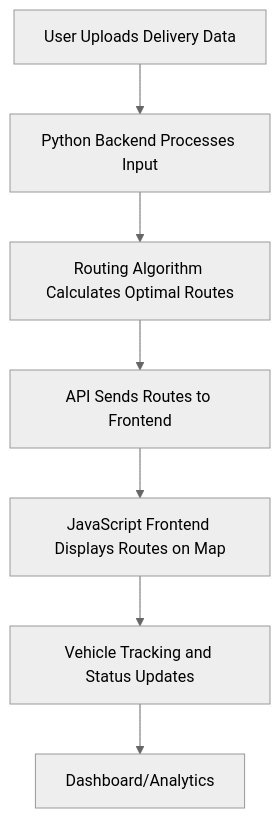
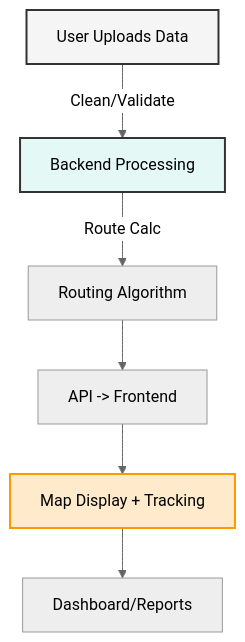
One commit to Abish-gupta/Delivery_route_optimisation changed the diagram in project_flow_diagram.mermaid. Above: the diagram before and after it, drawn with Mermaid (neutral theme).

```diff
--- a/project_flow_diagram.mermaid
+++ b/project_flow_diagram.mermaid
@@ -1,7 +1,10 @@
 flowchart TD
-    A[User Uploads Delivery Data] --> B[Python Backend Processes Input]
-    B --> C[Routing Algorithm Calculates Optimal Routes]
-    C --> D[API Sends Routes to Frontend]
-    D --> E[JavaScript Frontend Displays Routes on Map]
-    E --> F[Vehicle Tracking and Status Updates]
-    F --> G[Dashboard/Analytics ]
+    style A fill:#f5f5f5,stroke:#333,stroke-width:2px
+    style B fill:#e4f9f5,stroke:#333,stroke-width:2px
+    style E fill:#ffebcc,stroke:#f90,stroke-width:2px
+
+    A[User Uploads Data] -->|Clean/Validate| B[Backend Processing]
+    B -->|Route Calc| C[Routing Algorithm]
+    C --> D[API -> Frontend]
+    D --> E[Map Display + Tracking]
+    E --> F[Dashboard/Reports]
```
